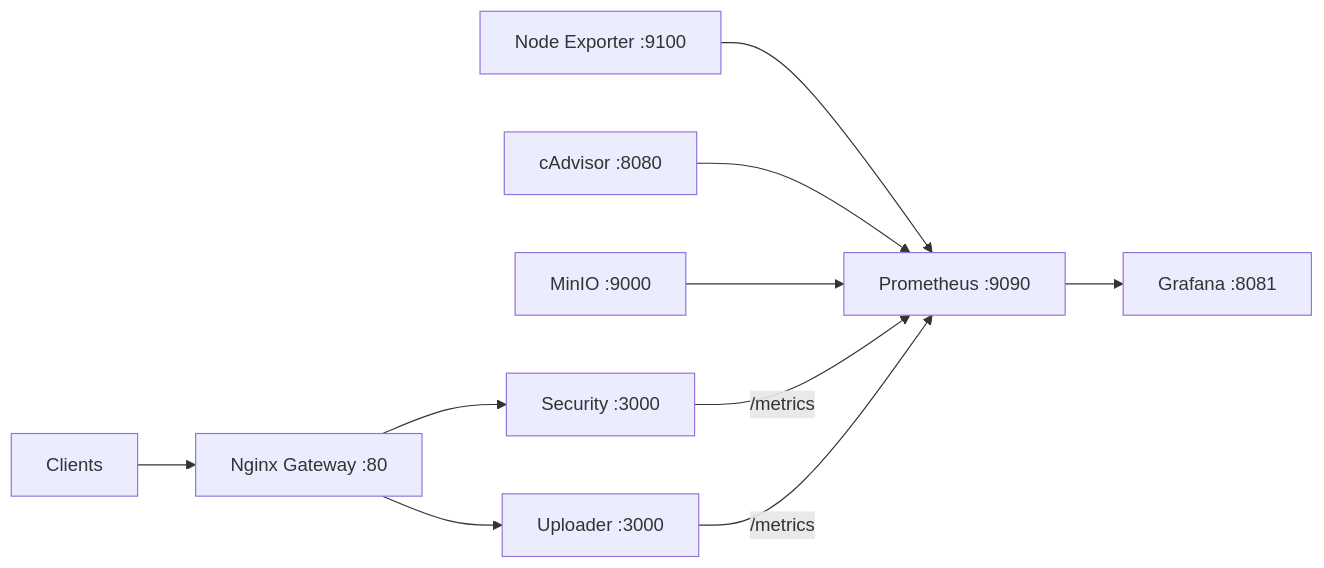
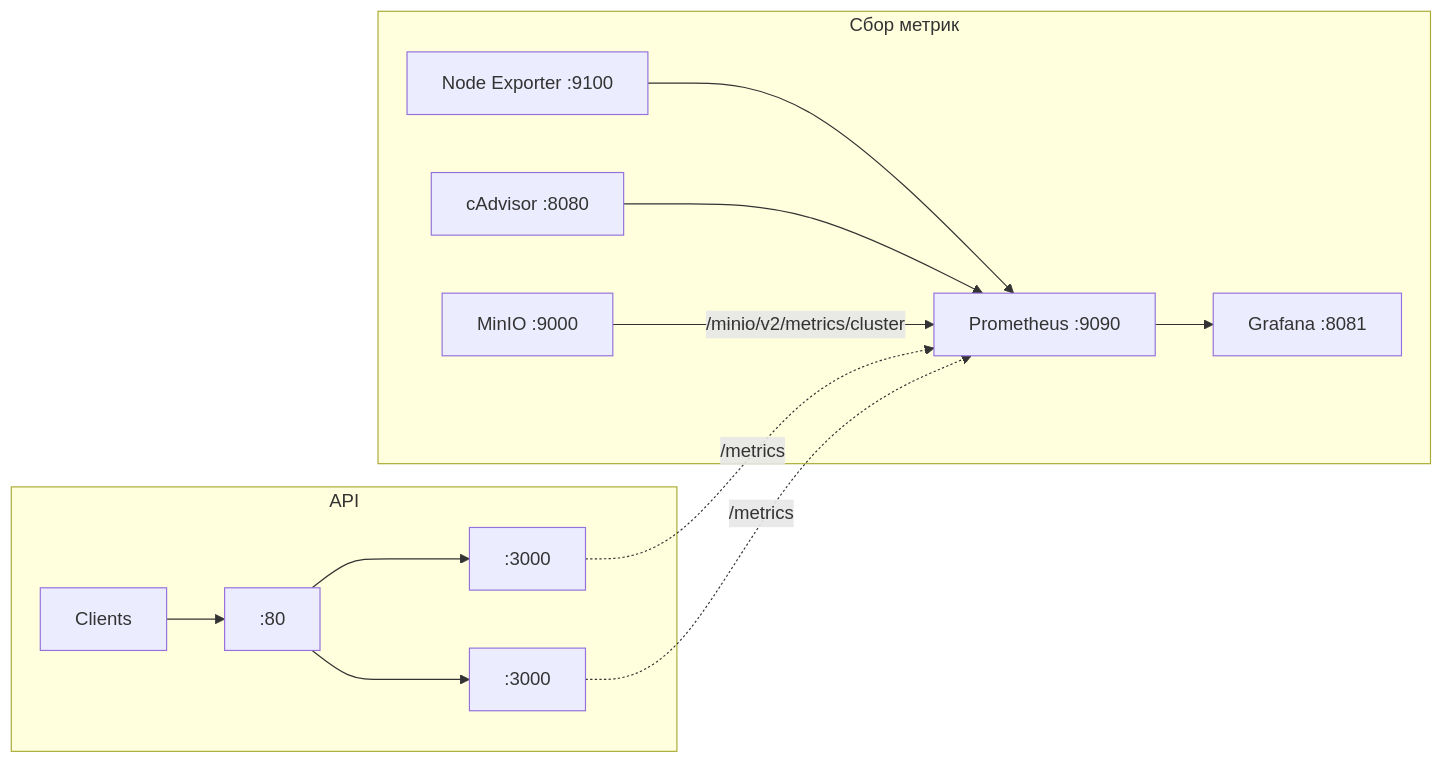
One commit to acider19/micros-homeworks changed the fifth of 5 diagrams in README.md. Above: the diagram before and after it, drawn with Mermaid. The commit also changed other lines of this file, not shown here.

Commit message:
дз4/5: Mermaid-диаграммы с subgraph'ами, убраны разделы исправлений

````diff
--- a/README.md
+++ b/README.md
@@ -194,12 +198,18 @@
 ```mermaid
 flowchart LR
-    Clients[Clients] --> Nginx[Nginx Gateway :80]
-    Nginx --> Security[Security :3000]
-    Nginx --> Uploader[Uploader :3000]
-    NE[Node Exporter :9100] --> Prometheus[Prometheus :9090]
-    cAdvisor[cAdvisor :8080] --> Prometheus
-    MinIO[MinIO :9000] --> Prometheus
-    Security -->|/metrics| Prometheus
-    Uploader -->|/metrics| Prometheus
-    Prometheus --> Grafana[Grafana :8081]
+    subgraph api ["API"]
+        Clients --> Nginx[:80]
+        Nginx --> Security[:3000]
+        Nginx --> Uploader[:3000]
+    end
+
+    subgraph metrics ["Сбор метрик"]
+        Prometheus[Prometheus :9090] --> Grafana[Grafana :8081]
+        NE[Node Exporter :9100] --> Prometheus
+        cAdvisor[cAdvisor :8080] --> Prometheus
+        MinIO[MinIO :9000] -->|/minio/v2/metrics/cluster| Prometheus
+    end
+
+    Security -.->|/metrics| Prometheus
+    Uploader -.->|/metrics| Prometheus
 ```
````
